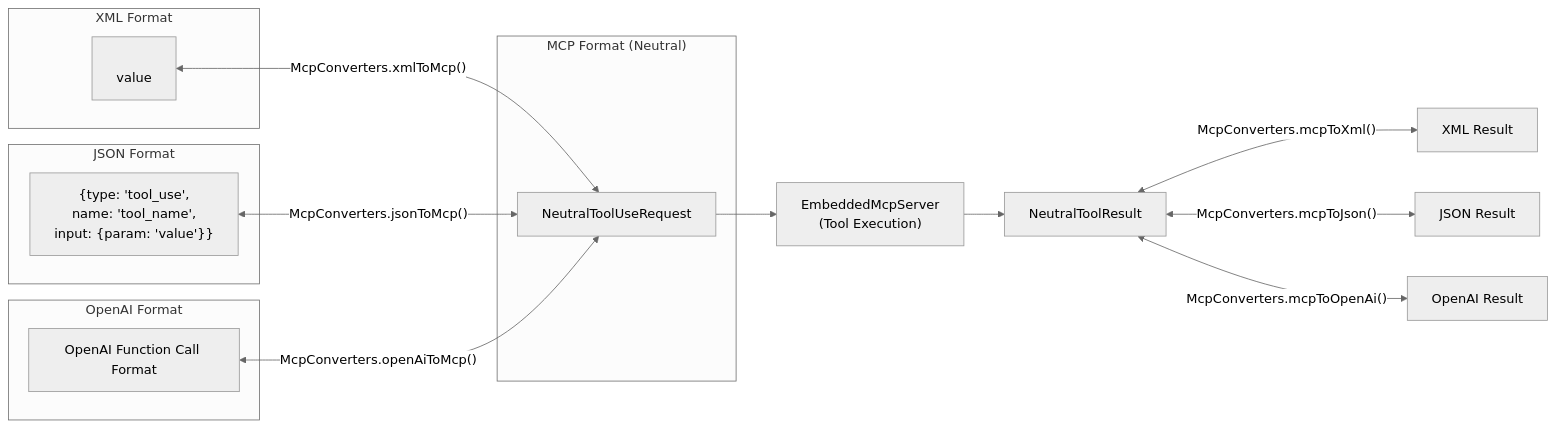
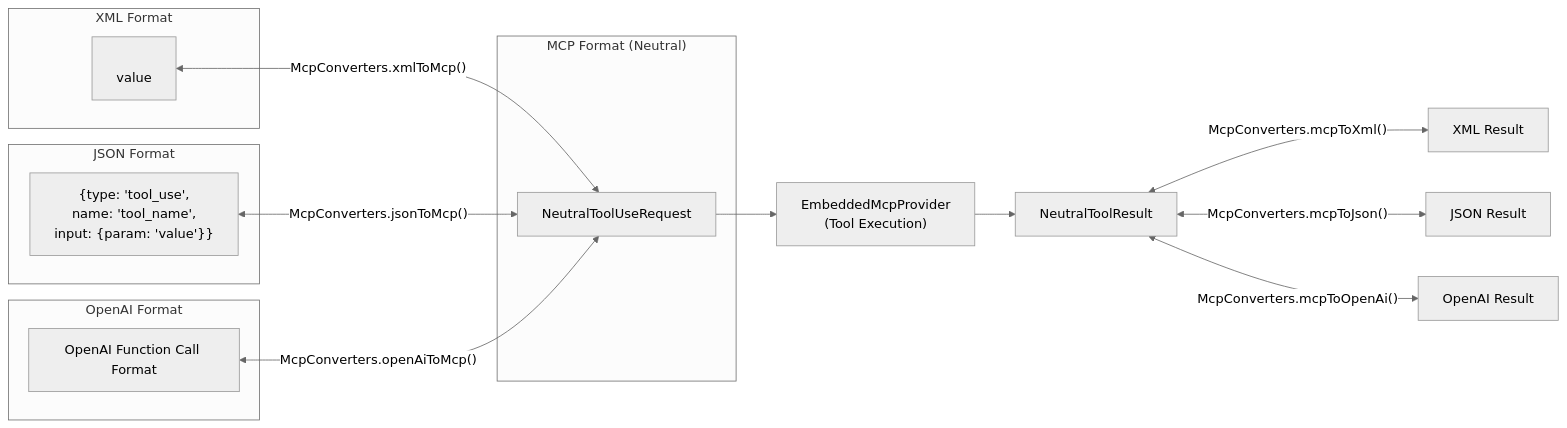
Before and after one commit to sydneyrenee/Thea-Code: the second of 2 diagrams in cline_docs/architectural_notes/api_handlers/unified_architecture.md, drawn with Mermaid (neutral theme). The commit also changed other lines of this file and 13 other files, not shown here.

````diff
--- a/cline_docs/architectural_notes/api_handlers/unified_architecture.md
+++ b/cline_docs/architectural_notes/api_handlers/unified_architecture.md
@@ -137,29 +137,29 @@
 ```mermaid
 flowchart LR
     subgraph "XML Format"
         XML["<tool_name>\n<param>value</param>\n</tool_name>"]
     end
     
     subgraph "JSON Format"
         JSON["{type: 'tool_use',\nname: 'tool_name',\ninput: {param: 'value'}}"]
     end
     
     subgraph "OpenAI Format"
         OpenAI["OpenAI Function Call Format"]
     end
     
     subgraph "MCP Format (Neutral)"
         MCP["NeutralToolUseRequest"]
     end
     
     XML <--"McpConverters.xmlToMcp()"--> MCP
     JSON <--"McpConverters.jsonToMcp()"--> MCP
     OpenAI <--"McpConverters.openAiToMcp()"--> MCP
     
-    MCP --> EMCP["EmbeddedMcpServer\n(Tool Execution)"]
+    MCP --> EMCP["EmbeddedMcpProvider\n(Tool Execution)"]
     EMCP --> Result["NeutralToolResult"]
     
     Result <--"McpConverters.mcpToXml()"--> XMLResult["XML Result"]
     Result <--"McpConverters.mcpToJson()"--> JSONResult["JSON Result"]
     Result <--"McpConverters.mcpToOpenAi()"--> OpenAIResult["OpenAI Result"]
 ```
````
